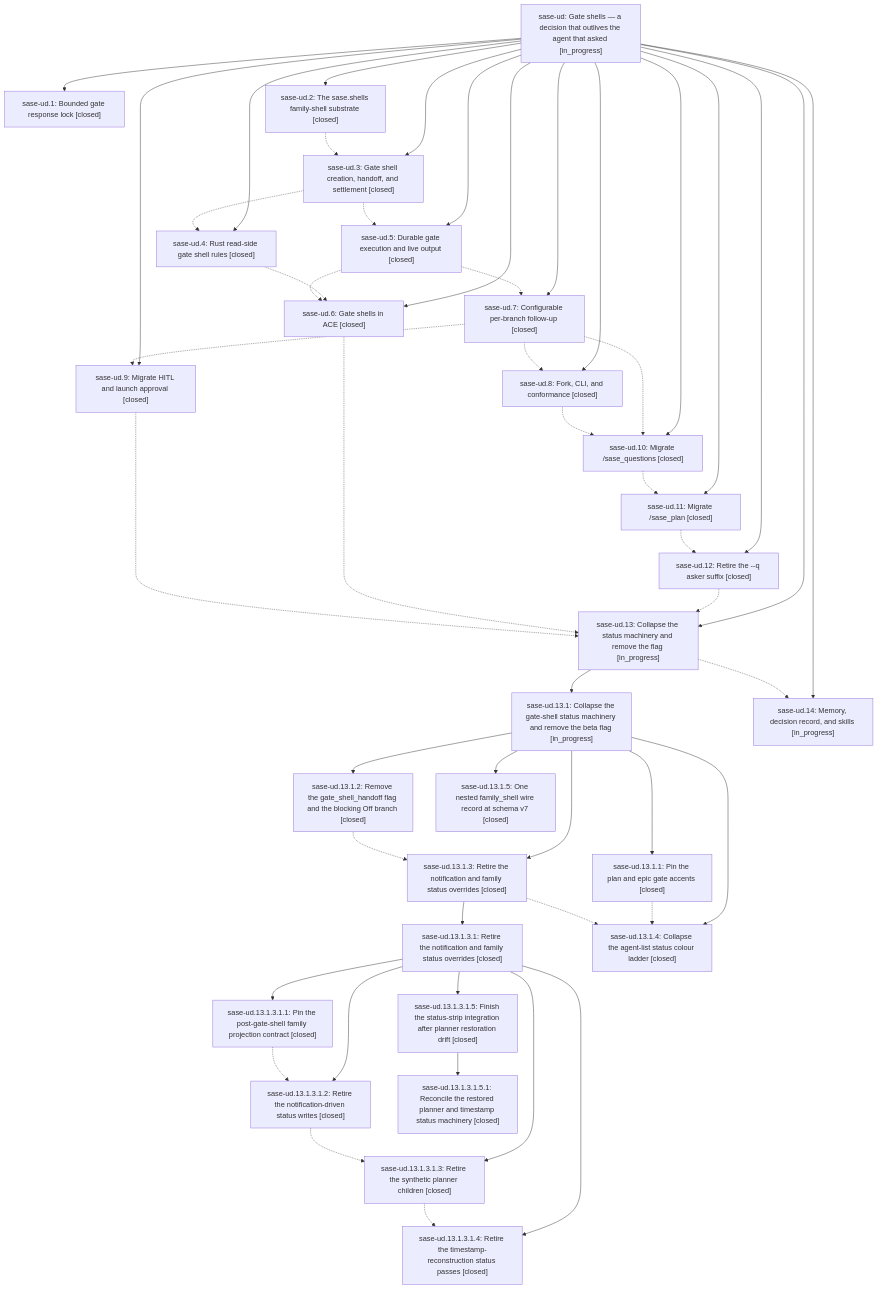
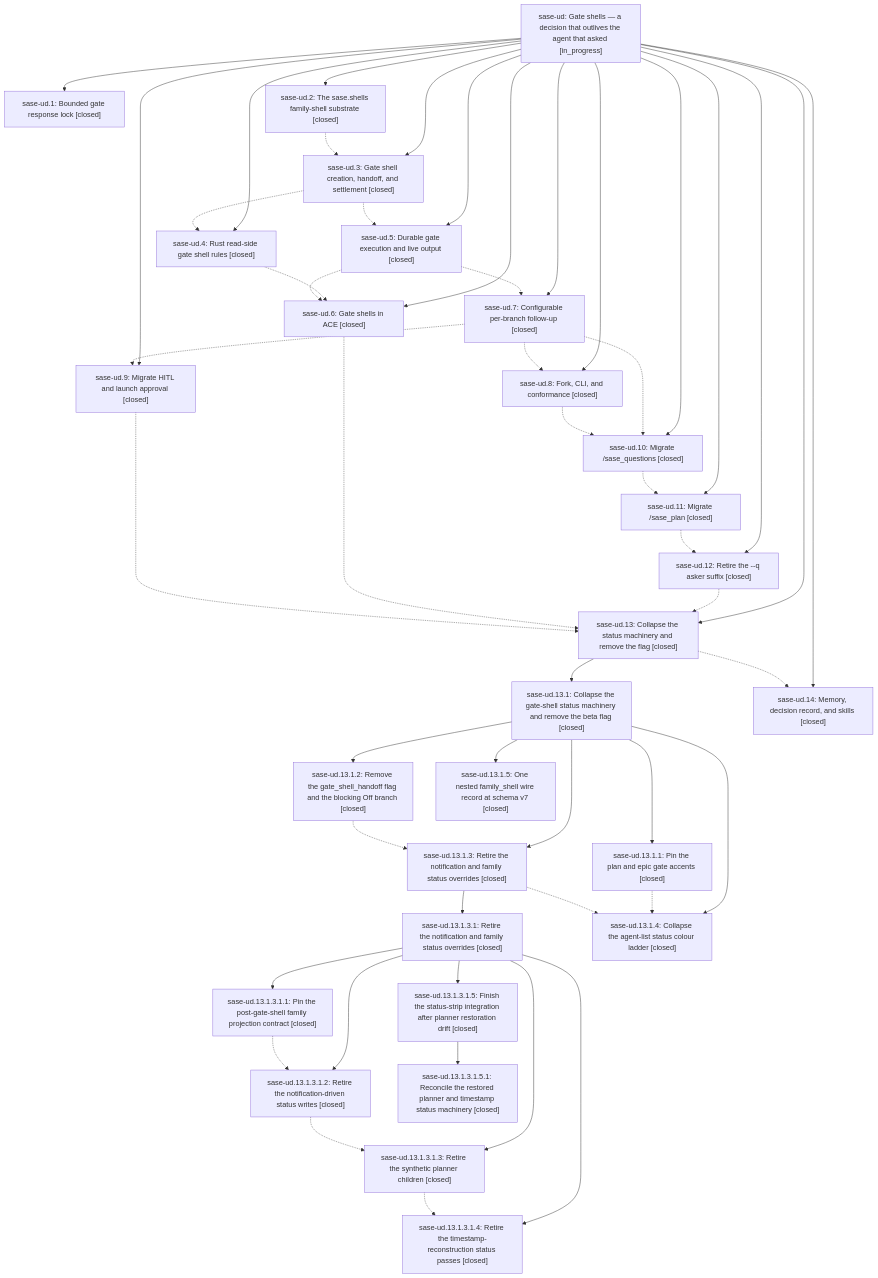
One commit to sase-org/sase--beads changed the diagram in pages/sase-ud/README.md. Above: the diagram before and after it, drawn with Mermaid. The commit also changed other lines of this file and 6 other files, not shown here.

````diff
--- a/pages/sase-ud/README.md
+++ b/pages/sase-ud/README.md
@@ -61,80 +61,80 @@
 ```mermaid
 flowchart TD
     n0["sase-ud: Gate shells — a decision that outlives the agent that asked [in_progress]"]
     n1["sase-ud.1: Bounded gate response lock [closed]"]
     n2["sase-ud.10: Migrate /sase_questions [closed]"]
     n3["sase-ud.11: Migrate /sase_plan [closed]"]
     n4["sase-ud.12: Retire the --q asker suffix [closed]"]
-    n5["sase-ud.13: Collapse the status machinery and remove the flag [in_progress]"]
-    n6["sase-ud.13.1: Collapse the gate-shell status machinery and remove the beta flag [in_progress]"]
+    n5["sase-ud.13: Collapse the status machinery and remove the flag [closed]"]
+    n6["sase-ud.13.1: Collapse the gate-shell status machinery and remove the beta flag [closed]"]
     n7["sase-ud.13.1.1: Pin the plan and epic gate accents [closed]"]
     n8["sase-ud.13.1.2: Remove the gate_shell_handoff flag and the blocking Off branch [closed]"]
     n9["sase-ud.13.1.3: Retire the notification and family status overrides [closed]"]
     n10["sase-ud.13.1.3.1: Retire the notification and family status overrides [closed]"]
     n11["sase-ud.13.1.3.1.1: Pin the post-gate-shell family projection contract [closed]"]
     n12["sase-ud.13.1.3.1.2: Retire the notification-driven status writes [closed]"]
     n13["sase-ud.13.1.3.1.3: Retire the synthetic planner children [closed]"]
     n14["sase-ud.13.1.3.1.4: Retire the timestamp-reconstruction status passes [closed]"]
     n15["sase-ud.13.1.3.1.5: Finish the status-strip integration after planner restoration drift [closed]"]
     n16["sase-ud.13.1.3.1.5.1: Reconcile the restored planner and timestamp status machinery [closed]"]
     n17["sase-ud.13.1.4: Collapse the agent-list status colour ladder [closed]"]
     n18["sase-ud.13.1.5: One nested family_shell wire record at schema v7 [closed]"]
-    n19["sase-ud.14: Memory, decision record, and skills [in_progress]"]
+    n19["sase-ud.14: Memory, decision record, and skills [closed]"]
     n20["sase-ud.2: The sase.shells family-shell substrate [closed]"]
     n21["sase-ud.3: Gate shell creation, handoff, and settlement [closed]"]
     n22["sase-ud.4: Rust read-side gate shell rules [closed]"]
     n23["sase-ud.5: Durable gate execution and live output [closed]"]
     n24["sase-ud.6: Gate shells in ACE [closed]"]
     n25["sase-ud.7: Configurable per-branch follow-up [closed]"]
     n26["sase-ud.8: Fork, CLI, and conformance [closed]"]
     n27["sase-ud.9: Migrate HITL and launch approval [closed]"]
     n0 --> n1
     n0 --> n2
     n0 --> n3
     n0 --> n4
     n0 --> n5
     n5 --> n6
     n6 --> n7
     n6 --> n8
     n6 --> n9
     n9 --> n10
     n10 --> n11
     n10 --> n12
     n10 --> n13
     n10 --> n14
     n10 --> n15
     n15 --> n16
     n6 --> n17
     n6 --> n18
     n0 --> n19
     n0 --> n20
     n0 --> n21
     n0 --> n22
     n0 --> n23
     n0 --> n24
     n0 --> n25
     n0 --> n26
     n0 --> n27
     n2 -.-> n3
     n3 -.-> n4
     n4 -.-> n5
     n5 -.-> n19
     n7 -.-> n17
     n8 -.-> n9
     n9 -.-> n17
     n11 -.-> n12
     n12 -.-> n13
     n13 -.-> n14
     n20 -.-> n21
     n21 -.-> n22
     n21 -.-> n23
     n22 -.-> n24
     n23 -.-> n24
     n23 -.-> n25
     n24 -.-> n5
     n25 -.-> n2
     n25 -.-> n26
     n25 -.-> n27
     n26 -.-> n2
     n27 -.-> n5
 ```
````
